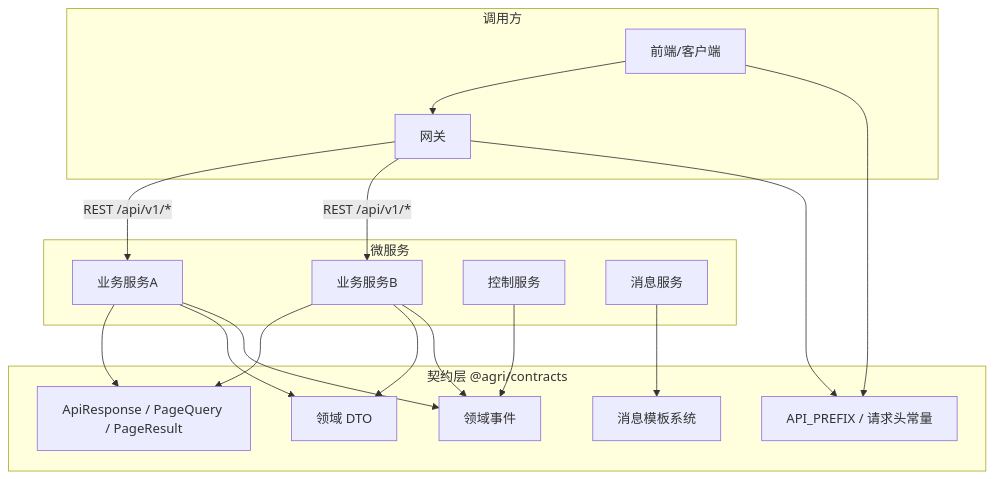
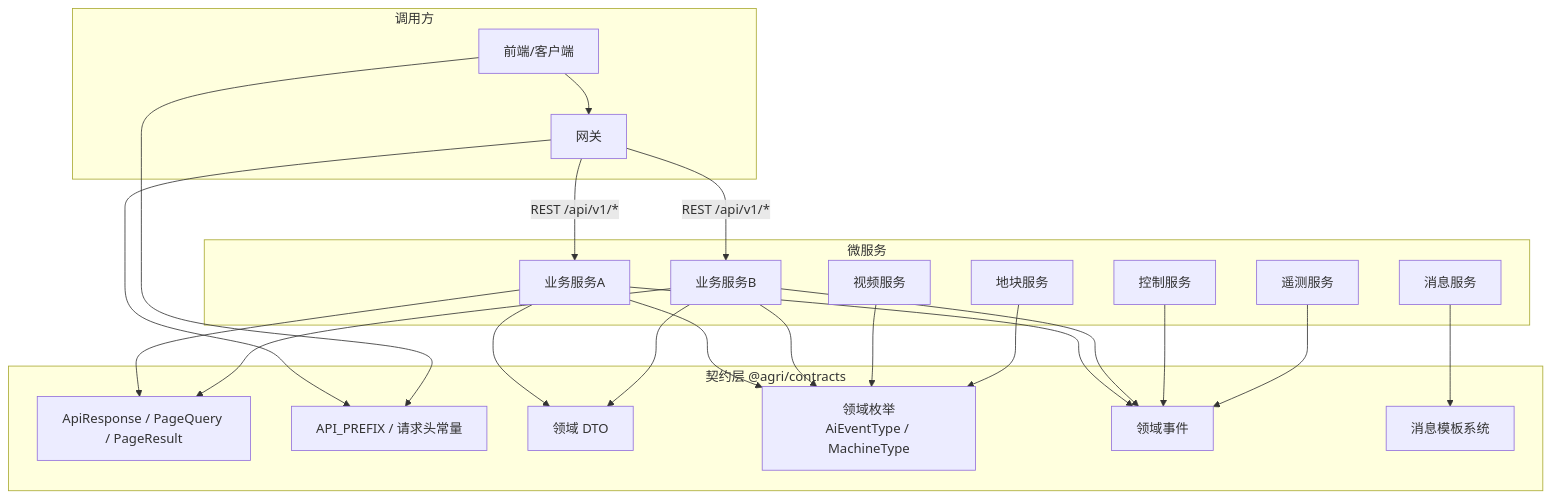
Before and after one commit to q446328246/agri-platform: the second of 8 diagrams in .qoder/repowiki/zh/content/公共包文档/契约定义包 (@agri_contracts).md, drawn with Mermaid. The commit also changed other lines of this file and 15 other files, not shown here.

````diff
--- a/.qoder/repowiki/zh/content/公共包文档/契约定义包 (@agri_contracts).md
+++ b/.qoder/repowiki/zh/content/公共包文档/契约定义包 (@agri_contracts).md
@@ -90,33 +94,42 @@
 ```mermaid
 graph TB
 subgraph "调用方"
 GW["网关"]
 FE["前端/客户端"]
 end
 subgraph "契约层 @agri/contracts"
 C_API["ApiResponse / PageQuery / PageResult"]
 C_CONST["API_PREFIX / 请求头常量"]
 C_DTO["领域 DTO"]
+C_ENUMS["领域枚举<br/>AiEventType / MachineType"]
 C_EVENTS["领域事件"]
 C_MESSAGES["消息模板系统"]
 end
 subgraph "微服务"
 S1["业务服务A"]
 S2["业务服务B"]
 CS["控制服务"]
 MS["消息服务"]
+VS["视频服务"]
+TS["遥测服务"]
+PS["地块服务"]
 end
 FE --> GW
 GW --> |REST /api/v1/*| S1
 GW --> |REST /api/v1/*| S2
 S1 --> C_API
 S2 --> C_API
 S1 --> C_DTO
 S2 --> C_DTO
+S1 --> C_ENUMS
+S2 --> C_ENUMS
 S1 --> C_EVENTS
 S2 --> C_EVENTS
 CS --> C_EVENTS
 MS --> C_MESSAGES
+VS --> C_ENUMS
+TS --> C_EVENTS
+PS --> C_ENUMS
 GW --> C_CONST
 FE --> C_CONST
 ```
````
